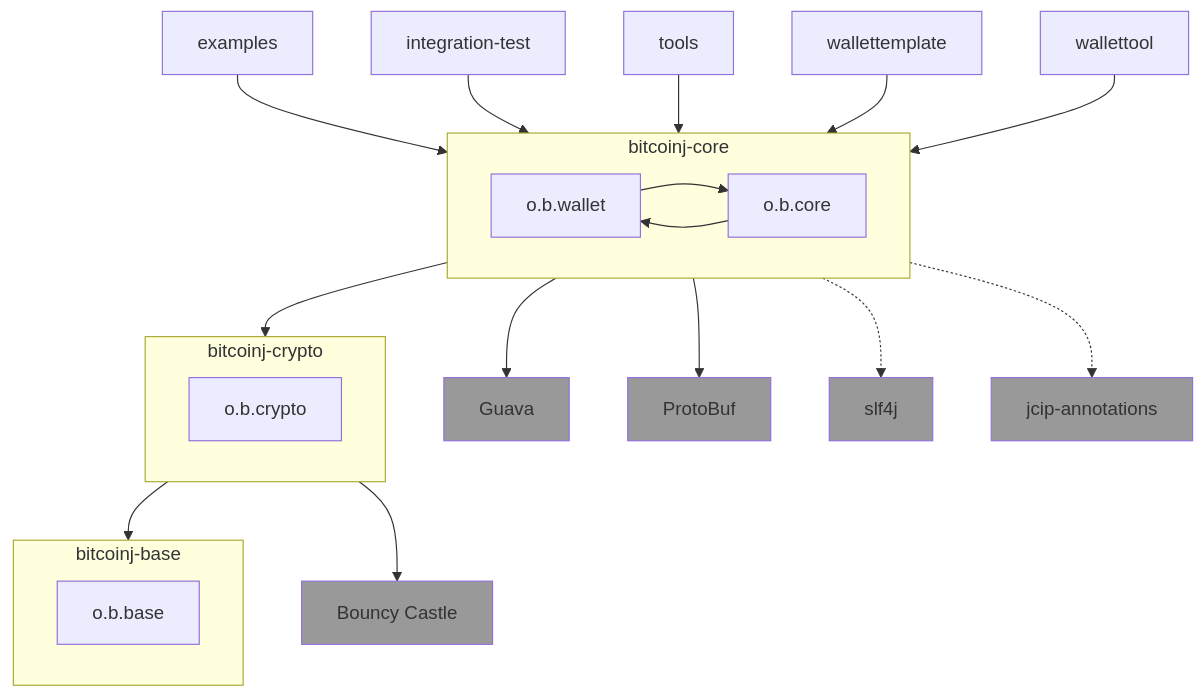
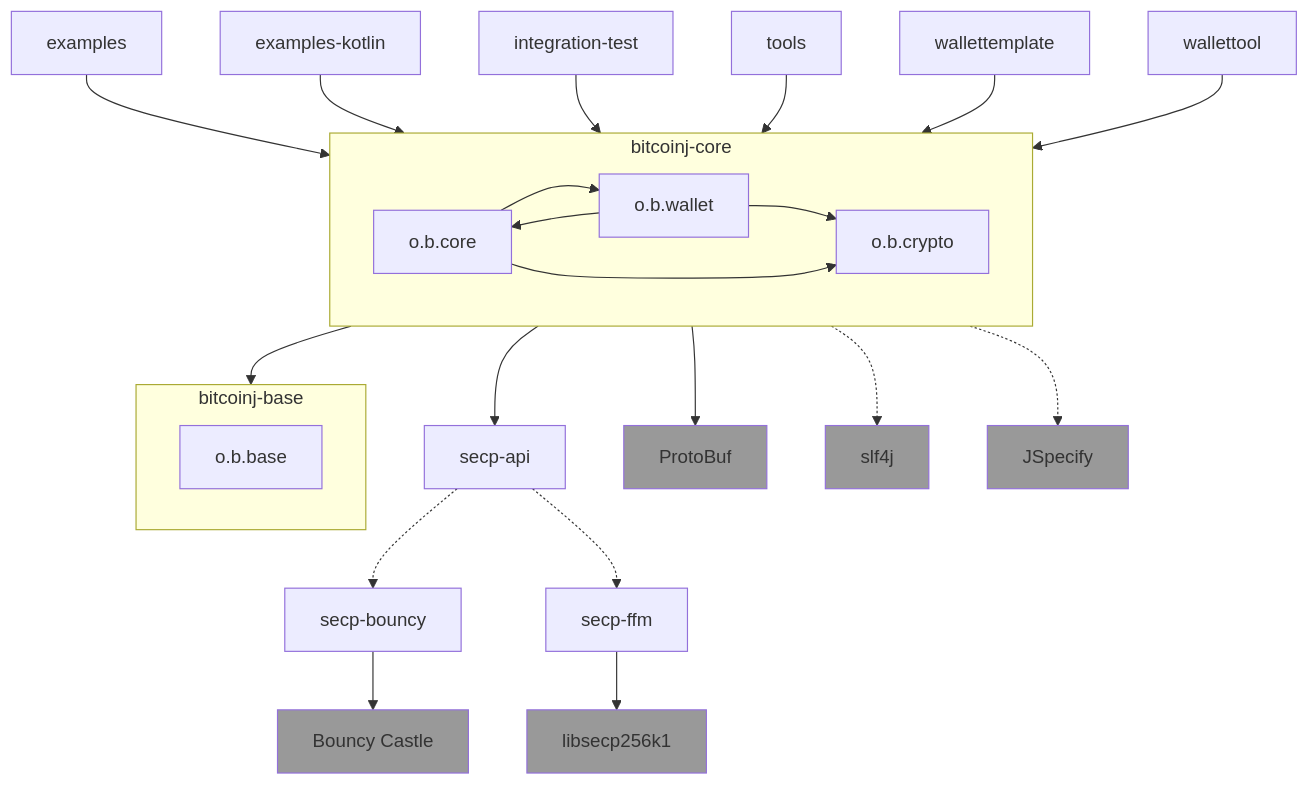
The third of 4 diagrams in designdocs/modular-architecture.md (bitcoinj/bitcoinj), drawn with Mermaid before and after one commit. The commit also changed other lines of this file, not shown here.

First line of the commit message:
modular-architecture.md: update for planned 0.18 release

`````diff
--- a/designdocs/modular-architecture.md
+++ b/designdocs/modular-architecture.md
@@ -66,28 +66,30 @@
 ````mermaid
 flowchart TD
-    E[examples] --> CORE
+    EJ[examples] --> CORE
+    EK[examples-kotlin] --> CORE
     IT[integration-test] --> CORE
     T[tools] --> CORE
     FX[wallettemplate] --> CORE
     WT[wallettool] --> CORE
     subgraph CORE [bitcoinj-core]
+        CO --> W
         W[o.b.wallet] --> CO[o.b.core]
-        CO --> W
+        W --> CR[o.b.crypto]
+        CO --> CR
     end
-    CORE --> CRYPTO
-    subgraph CRYPTO [bitcoinj-crypto]
-        CR[o.b.crypto]
-    end
-    CRYPTO --> BASE
-    CRYPTO --> BC[Bouncy Castle]
+    CORE --> BASE
     subgraph BASE [bitcoinj-base]
         B[o.b.base]
     end
-    CORE --> G[Guava]
+    CORE --> SECP[secp-api]
+    SECP .-> SECPBC[secp-bouncy]
+    SECP .-> SECPFFM[secp-ffm]
+    SECPBC --> BC[Bouncy Castle]
+    SECPFFM --> SECPC[libsecp256k1]
     CORE --> P[ProtoBuf]
     CORE .-> S[slf4j]
-    CORE .-> A[jcip-annotations]
+    CORE .-> JS[JSpecify]
 
 classDef external fill:#999;
-class G,S,A,BC,P external;
+class G,S,JS,BC,SECPC,P external;
 ````
`````
